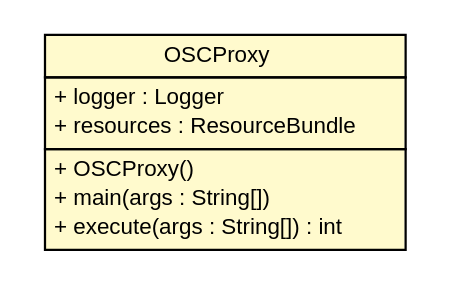
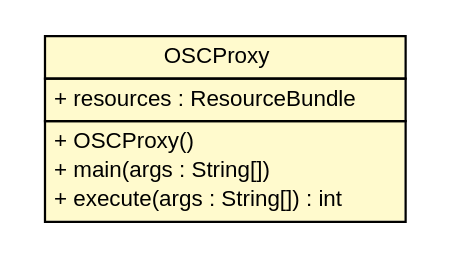
Before and after one commit to pcross616/lf-osc-proxy: the diagram in apidocs/com/xley/lfosc/OSCProxy.dot, drawn with Graphviz. The commit also changed 113 other files, not shown here.

```diff
--- a/apidocs/com/xley/lfosc/OSCProxy.dot
+++ b/apidocs/com/xley/lfosc/OSCProxy.dot
@@ -1,27 +1,26 @@
 #!/usr/local/bin/dot
 #
 # Class diagram 
 # Generated by UMLGraph version R5_6 (http://www.umlgraph.org/)
 #
 
 digraph G {
 	edge [fontname="Helvetica",fontsize=10,labelfontname="Helvetica",labelfontsize=10];
 	node [fontname="Helvetica",fontsize=10,shape=plaintext];
 	nodesep=0.25;
 	ranksep=0.5;
 	// com.xley.lfosc.OSCProxy
-	c44 [label=<<table title="com.xley.lfosc.OSCProxy" border="0" cellborder="1" cellspacing="0" cellpadding="2" port="p" bgcolor="lemonChiffon" href="./OSCProxy.html">
+	c62 [label=<<table title="com.xley.lfosc.OSCProxy" border="0" cellborder="1" cellspacing="0" cellpadding="2" port="p" bgcolor="lemonChiffon" href="./OSCProxy.html">
 		<tr><td><table border="0" cellspacing="0" cellpadding="1">
 <tr><td align="center" balign="center"> OSCProxy </td></tr>
 		</table></td></tr>
 		<tr><td><table border="0" cellspacing="0" cellpadding="1">
-<tr><td align="left" balign="left"> + logger : Logger </td></tr>
 <tr><td align="left" balign="left"> + resources : ResourceBundle </td></tr>
 		</table></td></tr>
 		<tr><td><table border="0" cellspacing="0" cellpadding="1">
 <tr><td align="left" balign="left"> + OSCProxy() </td></tr>
 <tr><td align="left" balign="left"> + main(args : String[]) </td></tr>
 <tr><td align="left" balign="left"> + execute(args : String[]) : int </td></tr>
 		</table></td></tr>
 		</table>>, URL="./OSCProxy.html", fontname="Helvetica", fontcolor="black", fontsize=10.0];
 }
```
